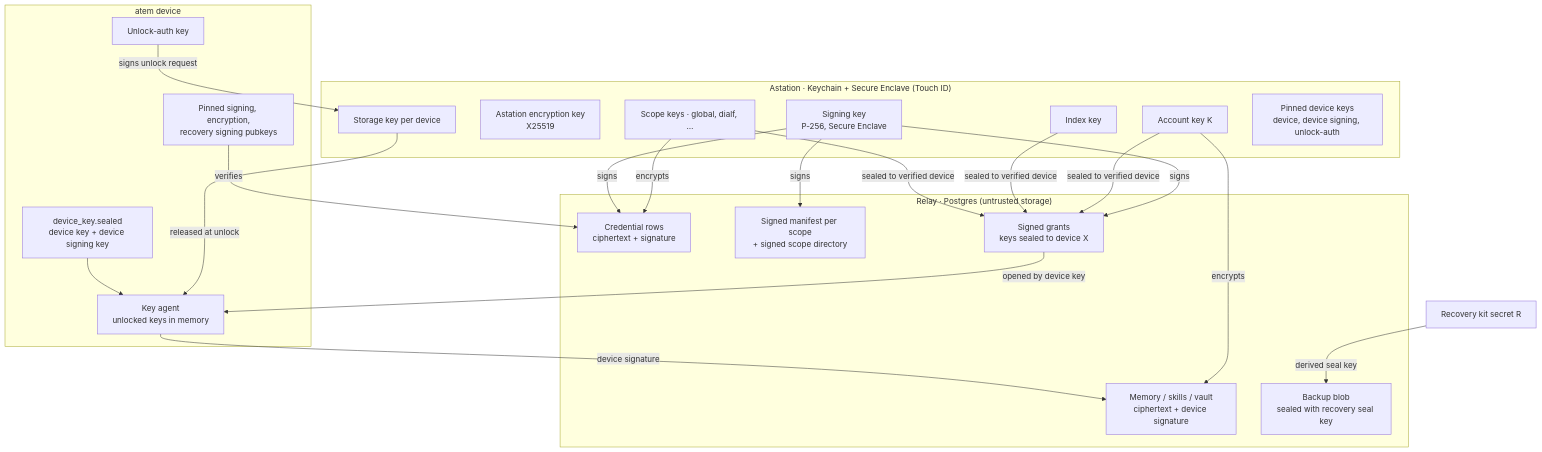
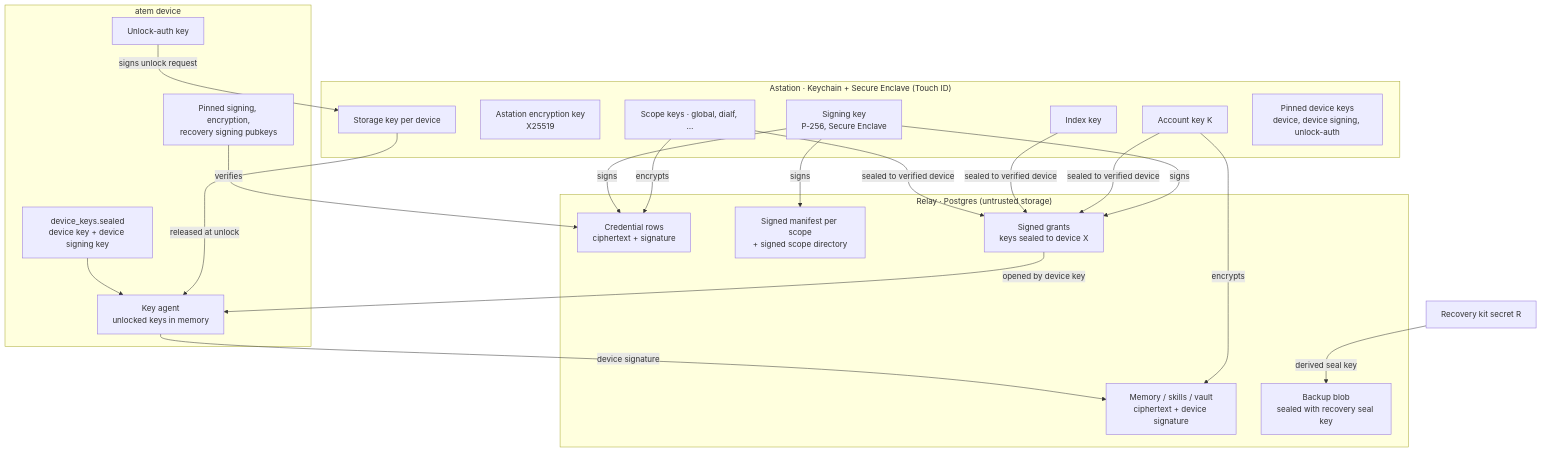
The first of 7 diagrams in designs/e2e-encryption.md (Agora-Build/Atem), drawn with Mermaid before and after one commit. The commit also changed other lines of this file and 28 other files, not shown here.

First line of the commit message:
feat: e2e device verification, sealed device keys, K in the key agent (steps 0–2b) (#38)

````diff
--- a/designs/e2e-encryption.md
+++ b/designs/e2e-encryption.md
@@ -118,38 +131,38 @@
 ```mermaid
 flowchart TB
   subgraph AST["Astation · Keychain + Secure Enclave (Touch ID)"]
     SIGN["Signing key<br/>P-256, Secure Enclave"]
     AENC["Astation encryption key<br/>X25519"]
     K["Account key K"]
     IDX["Index key"]
     SD["Scope keys · global, dialf, …"]
     STK["Storage key per device"]
     PINS["Pinned device keys<br/>device, device signing, unlock-auth"]
   end
   subgraph RELAY["Relay · Postgres (untrusted storage)"]
     MEM["Memory / skills / vault<br/>ciphertext + device signature"]
     CT["Credential rows<br/>ciphertext + signature"]
     MAN["Signed manifest per scope<br/>+ signed scope directory"]
     GR["Signed grants<br/>keys sealed to device X"]
     BK["Backup blob<br/>sealed with recovery seal key"]
   end
   subgraph DEV["atem device"]
-    DKS["device_key.sealed<br/>device key + device signing key"]
+    DKS["device_keys.sealed<br/>device key + device signing key"]
     UA["Unlock-auth key"]
     PIN["Pinned signing, encryption,<br/>recovery signing pubkeys"]
     AG["Key agent<br/>unlocked keys in memory"]
   end
   K -->|encrypts| MEM
   SD -->|encrypts| CT
   SIGN -->|signs| CT
   SIGN -->|signs| MAN
   SIGN -->|signs| GR
   K & IDX & SD -->|sealed to verified device| GR
   STK -->|released at unlock| AG
   UA -->|signs unlock request| STK
   DKS --> AG
   GR -->|opened by device key| AG
   AG -->|device signature| MEM
   PIN -->|verifies| CT
   REC["Recovery kit secret R"] -->|derived seal key| BK
 ```
````
